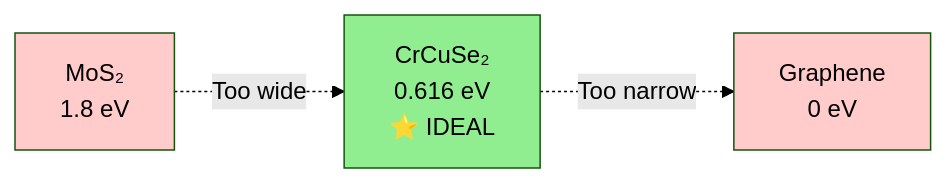
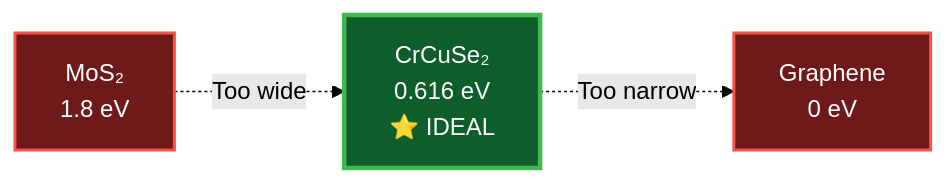
The third of 5 diagrams in README.md (Koussaisalem/algo), drawn with Mermaid (forest theme) before and after one commit. The commit also changed other lines of this file, not shown here.

First line of the commit message:
style: optimize Mermaid diagrams for GitHub dark mode

````diff
--- a/README.md
+++ b/README.md
@@ -123,9 +123,9 @@
 ```mermaid
 graph LR
     A[MoS₂<br/>1.8 eV] -.->|"Too wide"| B[CrCuSe₂<br/>0.616 eV<br/>⭐ IDEAL]
     B -.->|"Too narrow"| C[Graphene<br/>0 eV]
     
-    style A fill:#ffcccb
-    style B fill:#90ee90
-    style C fill:#ffcccb
+    style A fill:#6e1a1a,stroke:#f85149,stroke-width:2px,color:#fff
+    style B fill:#0d5e2a,stroke:#3fb950,stroke-width:3px,color:#fff
+    style C fill:#6e1a1a,stroke:#f85149,stroke-width:2px,color:#fff
 ```
````
